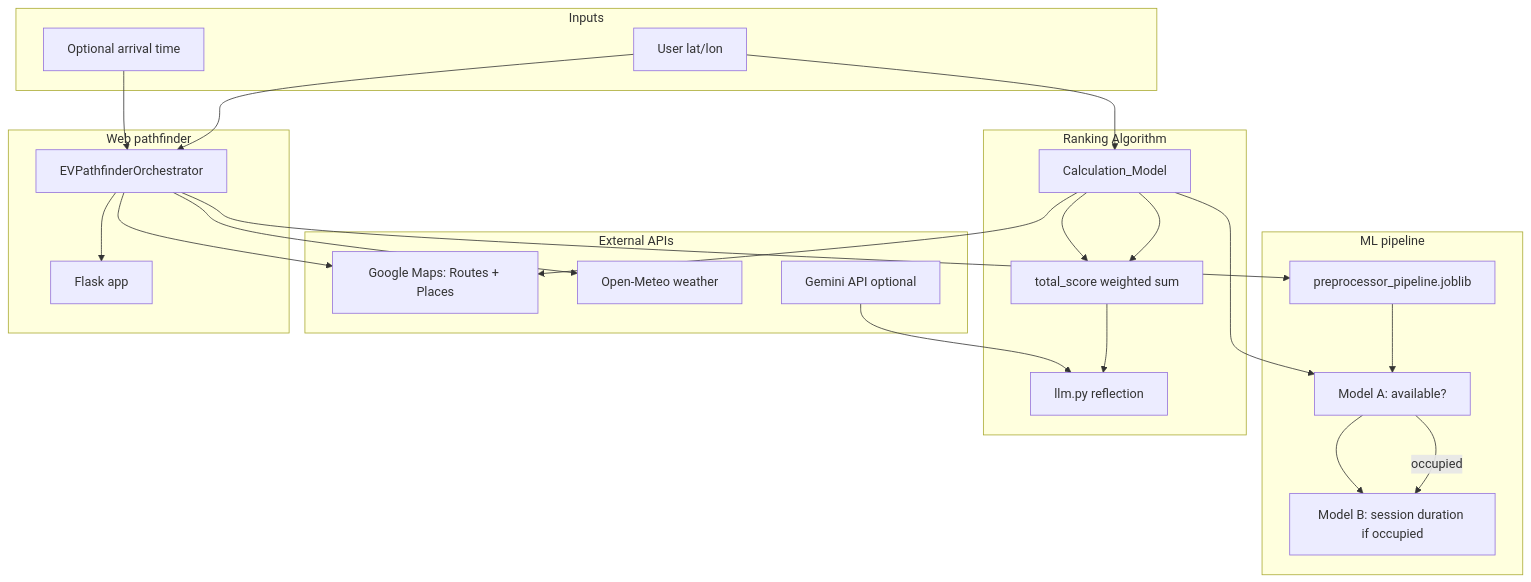
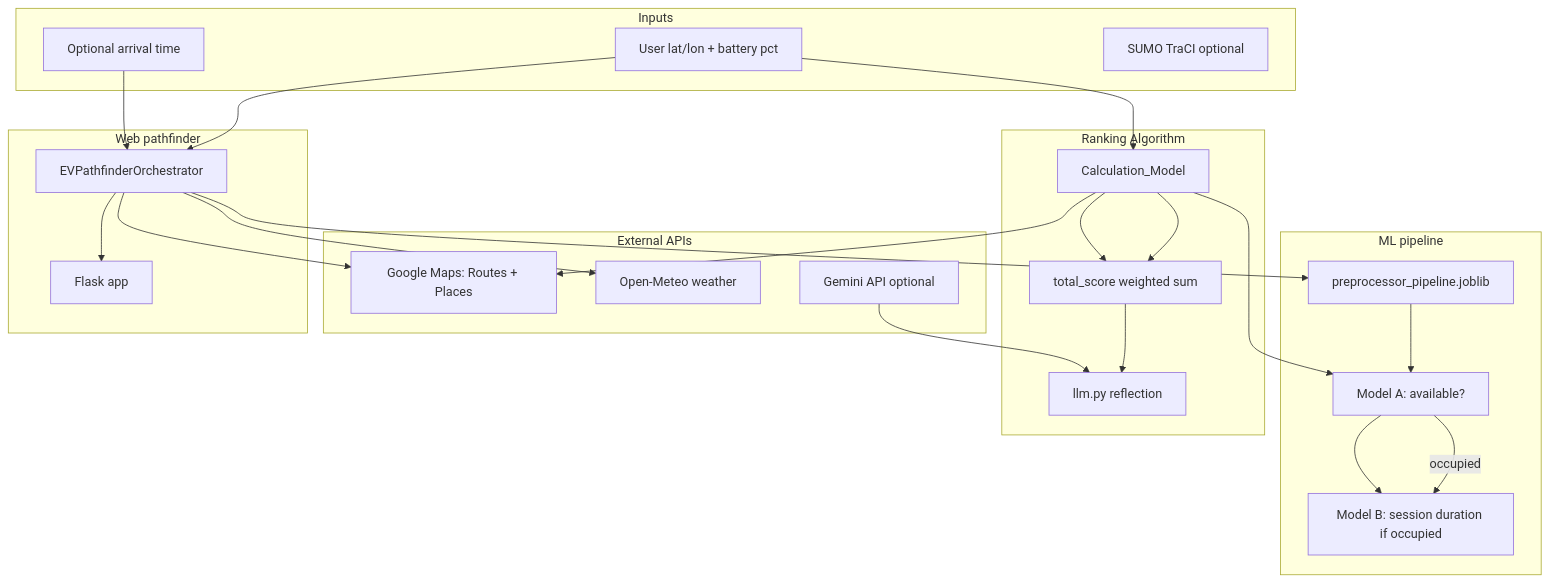
One commit to HanstonH/A-Context-Aware-Multi-Criteria-Recommendation-System-for-Electric-Vehicle-Charging changed the diagram in AI/README.md. Above: the diagram before and after it, drawn with Mermaid. The commit also changed other lines of this file and 7 other files, not shown here.

````diff
--- a/AI/README.md
+++ b/AI/README.md
@@ -45,48 +88,49 @@
 ```mermaid
 flowchart TB
     subgraph inputs [Inputs]
-        U[User lat/lon]
+        U[User lat/lon + battery pct]
         T[Optional arrival time]
+        S[SUMO TraCI optional]
     end
 
     subgraph external [External APIs]
         GMaps[Google Maps: Routes + Places]
         Weather[Open-Meteo weather]
         Gemini[Gemini API optional]
     end
 
     subgraph ml [ML pipeline]
         MA[Model A: available?]
         MB[Model B: session duration if occupied]
         PP[preprocessor_pipeline.joblib]
     end
 
     subgraph rank [Ranking Algorithm]
         CM[Calculation_Model]
         TS[total_score weighted sum]
         LLM[llm.py reflection]
     end
 
     subgraph web [Web pathfinder]
         ORCH[EVPathfinderOrchestrator]
         FLASK[Flask app]
     end
 
     U --> ORCH
     T --> ORCH
     ORCH --> GMaps
     ORCH --> Weather
     ORCH --> PP --> MA
     MA -->|occupied| MB
 
     U --> CM
     CM --> GMaps
     CM --> MA
     MA --> MB
     CM --> TS
     TS --> LLM
     Gemini --> LLM
 
     ORCH --> FLASK
     CM --> TS
 ```
````
